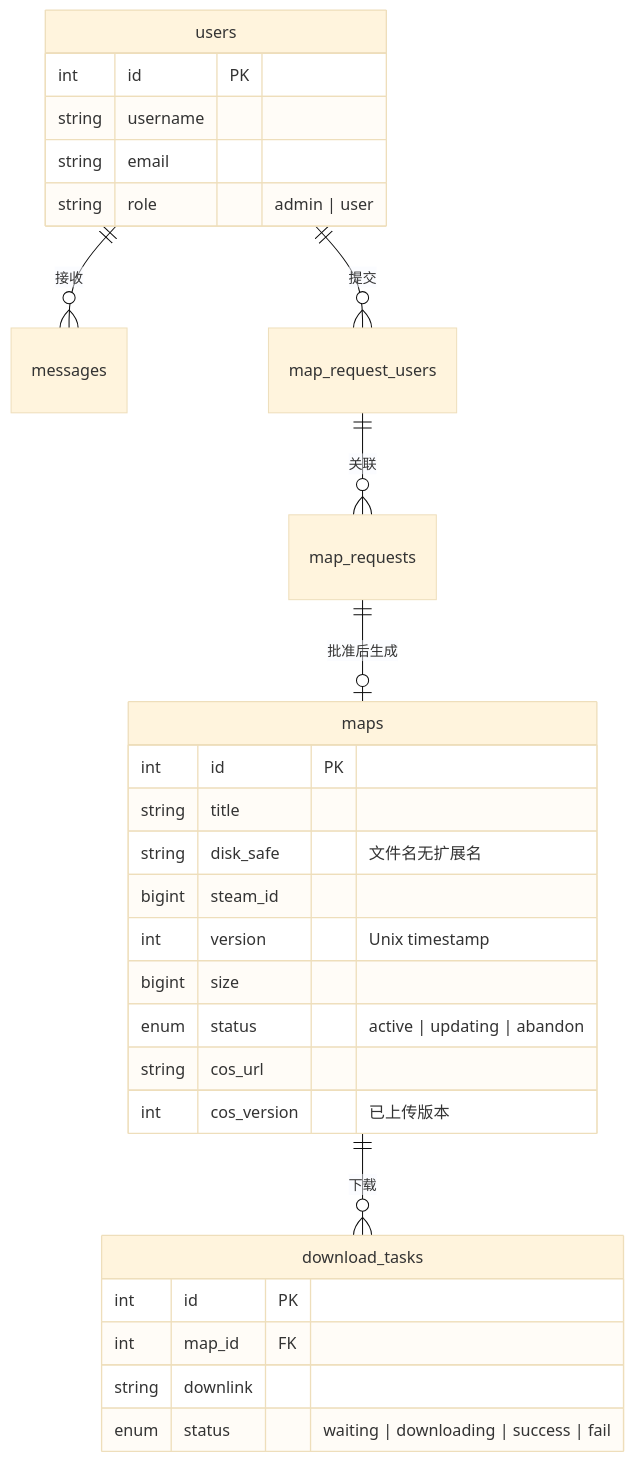
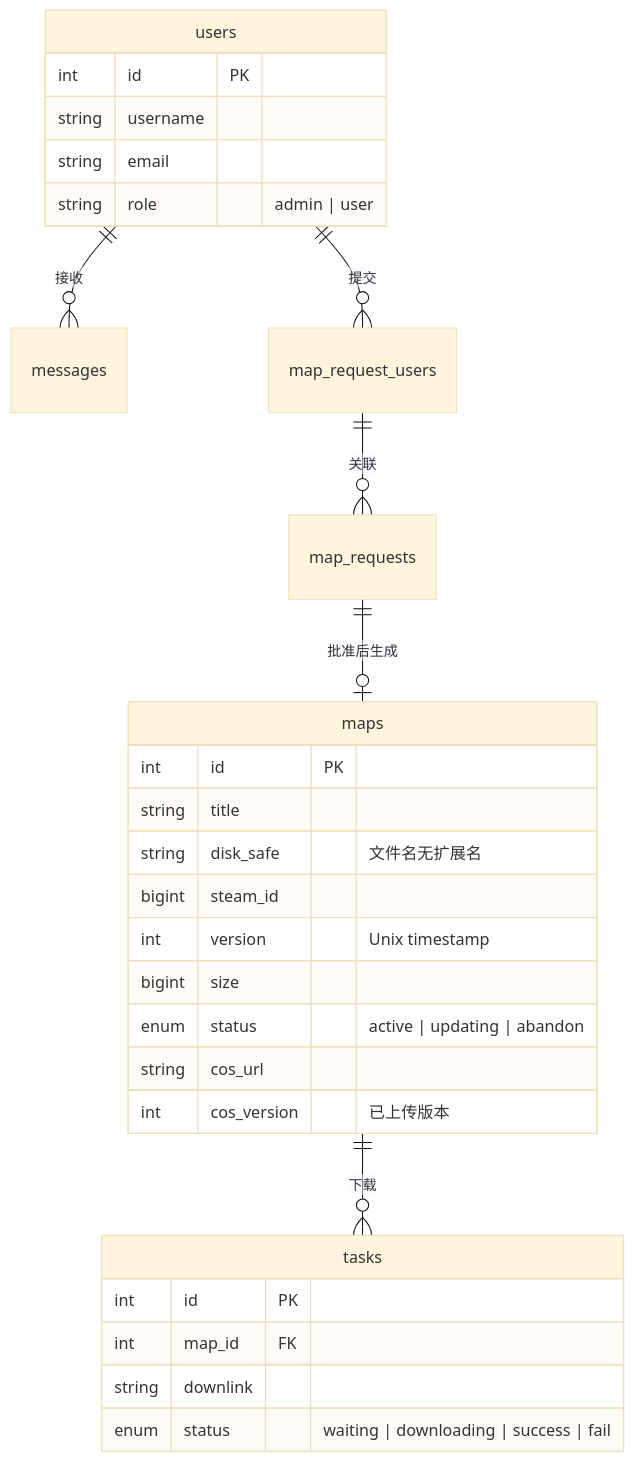
One commit to TunArund/L4D2-ServerPack changed the diagram in mysql/README.md. Above: the diagram before and after it, drawn with Mermaid (base theme). The commit also changed other lines of this file and 15 other files, not shown here.

````diff
--- a/mysql/README.md
+++ b/mysql/README.md
@@ -16,34 +16,34 @@
 ```mermaid
 erDiagram
     users ||--o{ messages : "接收"
     users ||--o{ map_request_users : "提交"
     map_request_users ||--o{ map_requests : "关联"
     map_requests ||--o| maps : "批准后生成"
-    maps ||--o{ download_tasks : "下载"
+    maps ||--o{ tasks : "下载"
 
     users {
         int id PK
         string username
         string email
         string role "admin | user"
     }
 
     maps {
         int id PK
         string title
         string disk_safe "文件名无扩展名"
         bigint steam_id
         int version "Unix timestamp"
         bigint size
         enum status "active | updating | abandon"
         string cos_url
         int cos_version "已上传版本"
     }
 
-    download_tasks {
+    tasks {
         int id PK
         int map_id FK
         string downlink
         enum status "waiting | downloading | success | fail"
     }
 ```
````
